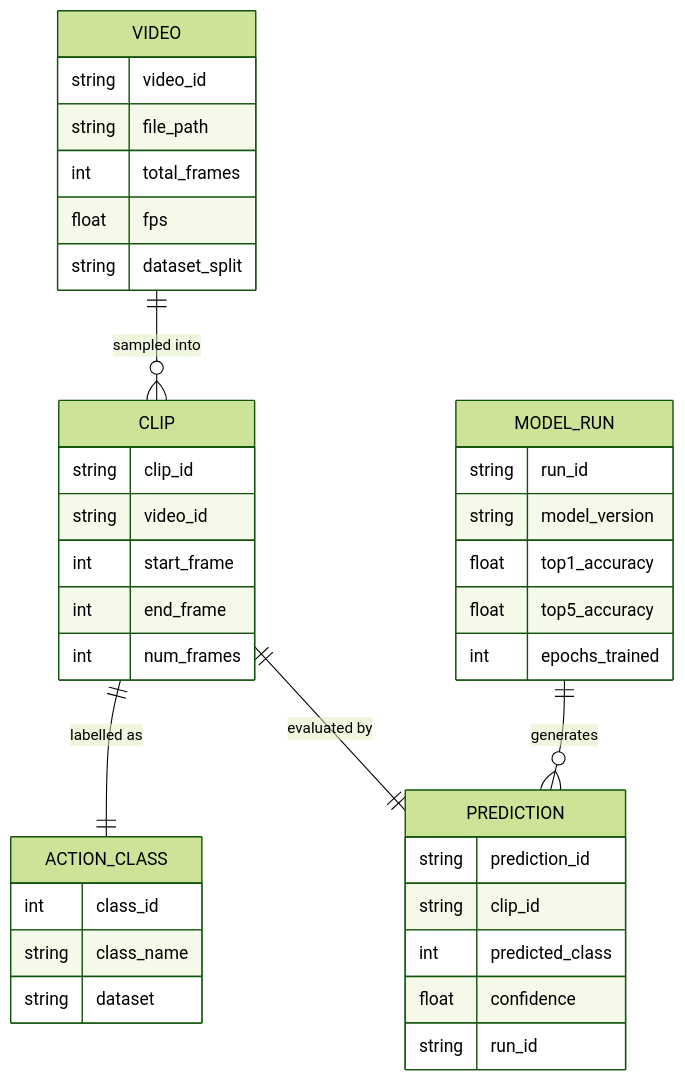
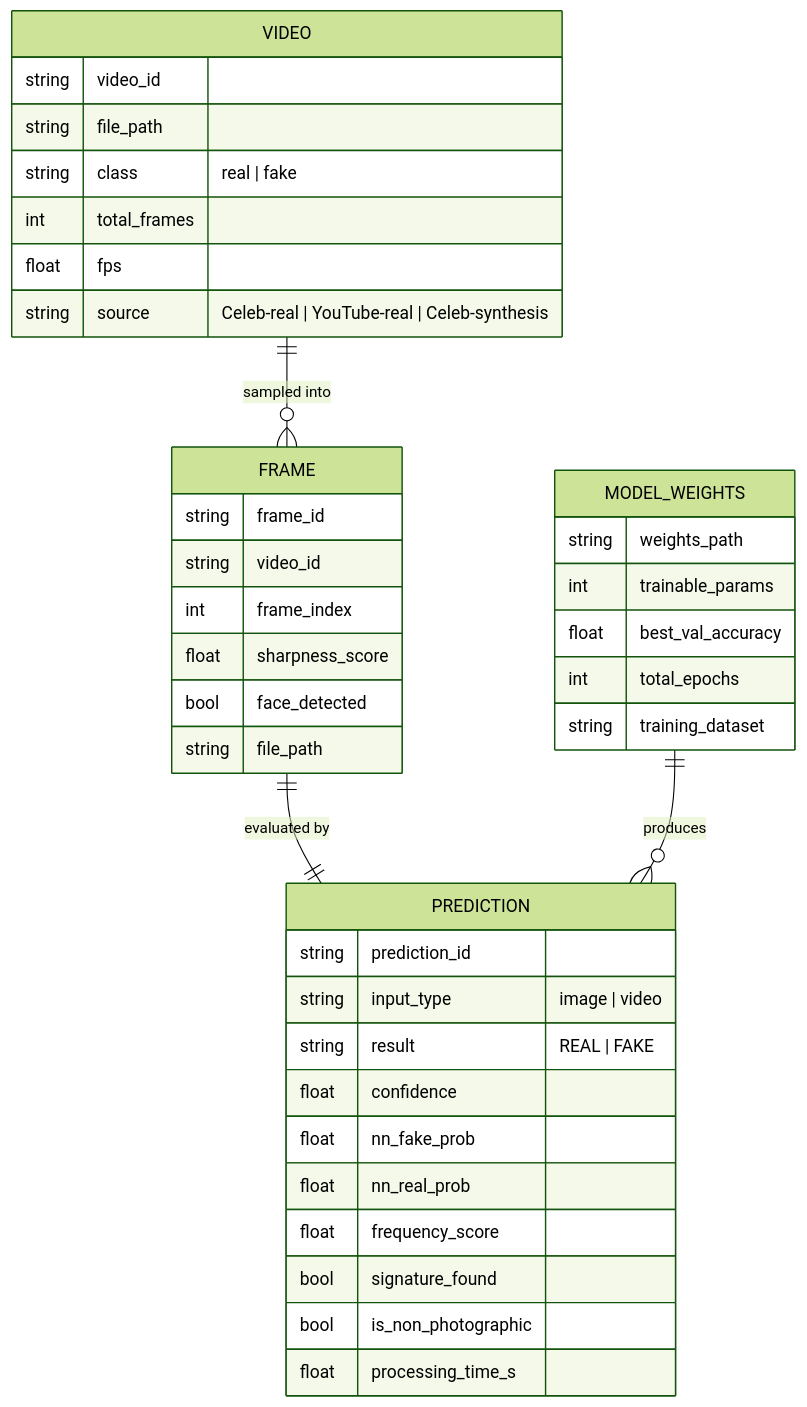
One commit to Ramanakumarreddy/STCA-Net-Project changed the seventh of 8 diagrams in STCA_Net_System_Overview_Diagrams.md. Above: the diagram before and after it, drawn with Mermaid (forest theme). The commit also changed other lines of this file and 4 other files, not shown here.

Commit message:
feat: implement STCA-Net model architecture and core video analysis utilities while updating project documentation.

````diff
--- a/STCA_Net_System_Overview_Diagrams.md
+++ b/STCA_Net_System_Overview_Diagrams.md
@@ -245,41 +316,42 @@
 ```mermaid
 erDiagram
     VIDEO {
         string video_id
         string file_path
+        string class "real | fake"
         int total_frames
         float fps
-        string dataset_split
+        string source "Celeb-real | YouTube-real | Celeb-synthesis"
     }
-    CLIP {
-        string clip_id
+    FRAME {
+        string frame_id
         string video_id
-        int start_frame
-        int end_frame
-        int num_frames
-    }
-    ACTION_CLASS {
-        int class_id
-        string class_name
-        string dataset
-    }
-    MODEL_RUN {
-        string run_id
-        string model_version
-        float top1_accuracy
-        float top5_accuracy
-        int epochs_trained
+        int frame_index
+        float sharpness_score
+        bool face_detected
+        string file_path
     }
     PREDICTION {
         string prediction_id
-        string clip_id
-        int predicted_class
+        string input_type "image | video"
+        string result "REAL | FAKE"
         float confidence
-        string run_id
+        float nn_fake_prob
+        float nn_real_prob
+        float frequency_score
+        bool signature_found
+        bool is_non_photographic
+        float processing_time_s
+    }
+    MODEL_WEIGHTS {
+        string weights_path
+        int trainable_params
+        float best_val_accuracy
+        int total_epochs
+        string training_dataset
     }
 
-    VIDEO ||--o{ CLIP : "sampled into"
-    CLIP ||--|| ACTION_CLASS : "labelled as"
-    MODEL_RUN ||--o{ PREDICTION : "generates"
-    CLIP ||--|| PREDICTION : "evaluated by"
+    VIDEO ||--o{ FRAME : "sampled into"
+    FRAME ||--|| PREDICTION : "evaluated by"
+    MODEL_WEIGHTS ||--o{ PREDICTION : "produces"
 ```
````
